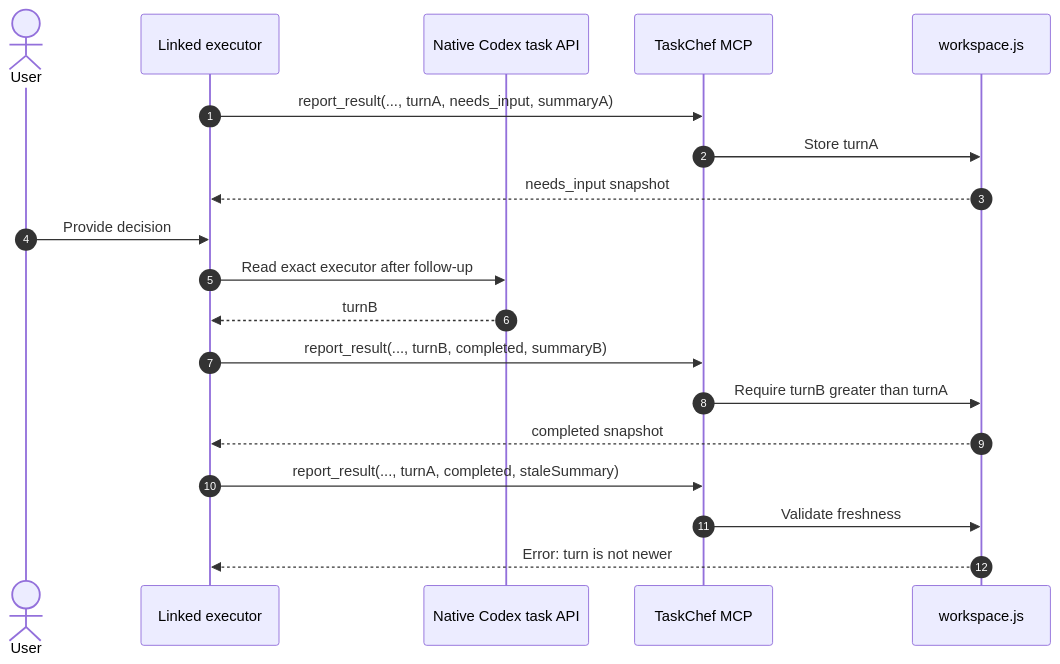
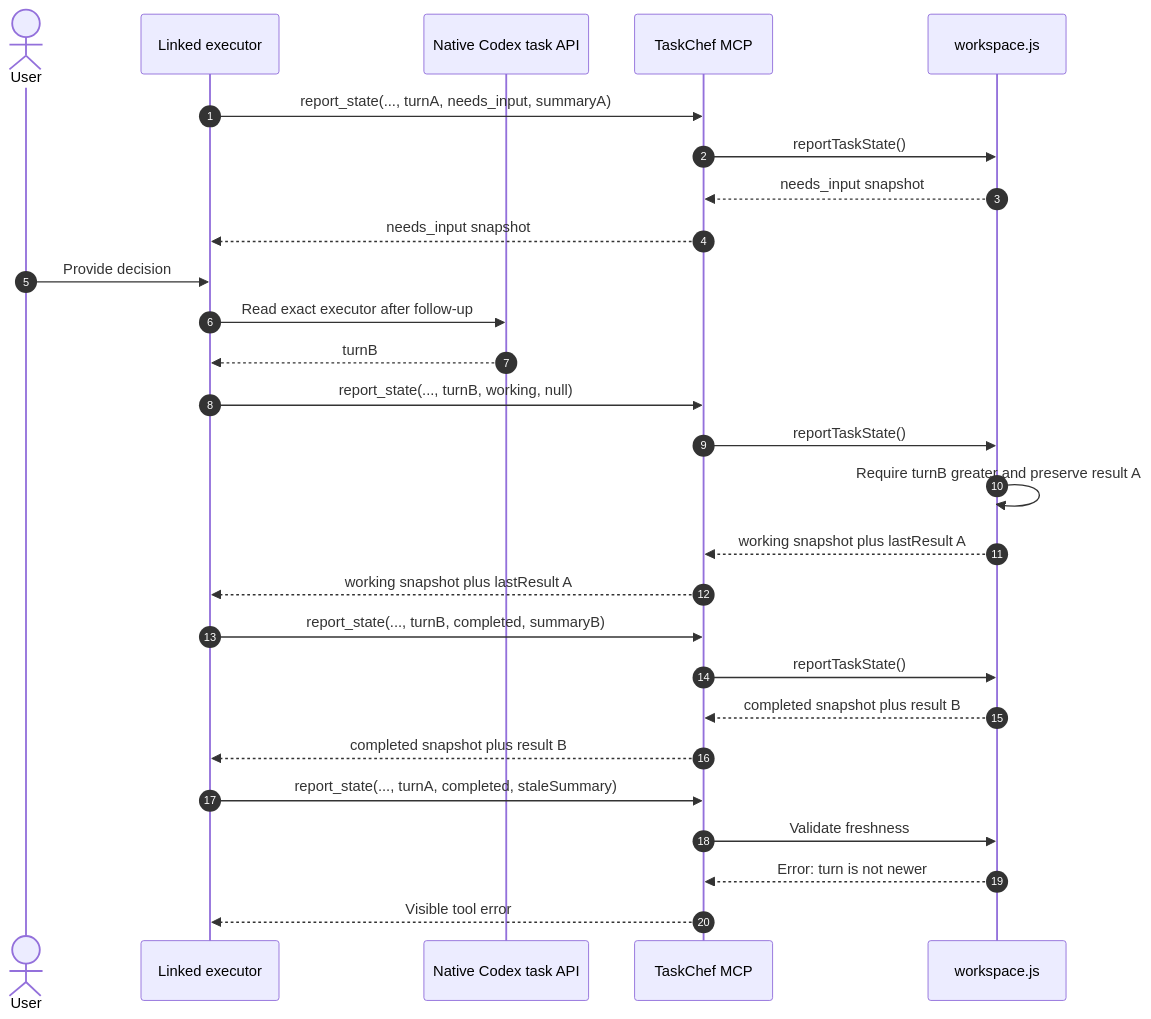
Before and after one commit to favoyang/taskchef: the third of 6 diagrams in docs/workflows.md, drawn with Mermaid. The commit also changed other lines of this file and 15 other files, not shown here.

````diff
--- a/docs/workflows.md
+++ b/docs/workflows.md
@@ -109,21 +113,29 @@
 ```mermaid
 sequenceDiagram
   autonumber
   actor U as User
   participant E as Linked executor
   participant C as Native Codex task API
   participant M as TaskChef MCP
   participant W as workspace.js
-  E->>M: report_result(..., turnA, needs_input, summaryA)
-  M->>W: Store turnA
-  W-->>E: needs_input snapshot
+  E->>M: report_state(..., turnA, needs_input, summaryA)
+  M->>W: reportTaskState()
+  W-->>M: needs_input snapshot
+  M-->>E: needs_input snapshot
   U->>E: Provide decision
   E->>C: Read exact executor after follow-up
   C-->>E: turnB
-  E->>M: report_result(..., turnB, completed, summaryB)
-  M->>W: Require turnB greater than turnA
-  W-->>E: completed snapshot
-  E->>M: report_result(..., turnA, completed, staleSummary)
+  E->>M: report_state(..., turnB, working, null)
+  M->>W: reportTaskState()
+  W->>W: Require turnB greater and preserve result A
+  W-->>M: working snapshot plus lastResult A
+  M-->>E: working snapshot plus lastResult A
+  E->>M: report_state(..., turnB, completed, summaryB)
+  M->>W: reportTaskState()
+  W-->>M: completed snapshot plus result B
+  M-->>E: completed snapshot plus result B
+  E->>M: report_state(..., turnA, completed, staleSummary)
   M->>W: Validate freshness
-  W-->>E: Error: turn is not newer
+  W-->>M: Error: turn is not newer
+  M-->>E: Visible tool error
 ```
````
